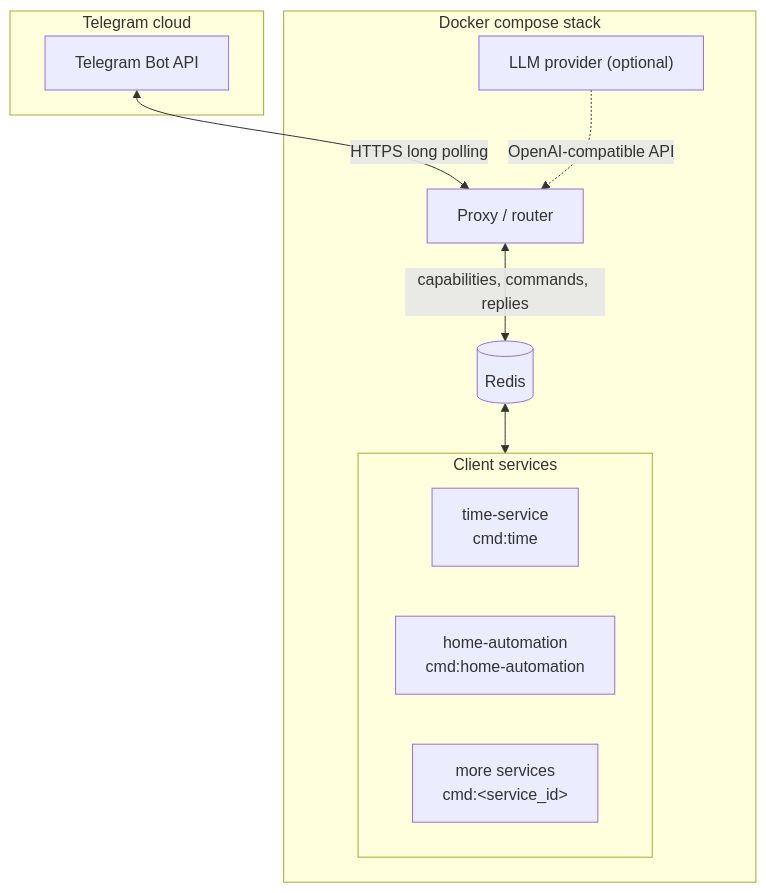
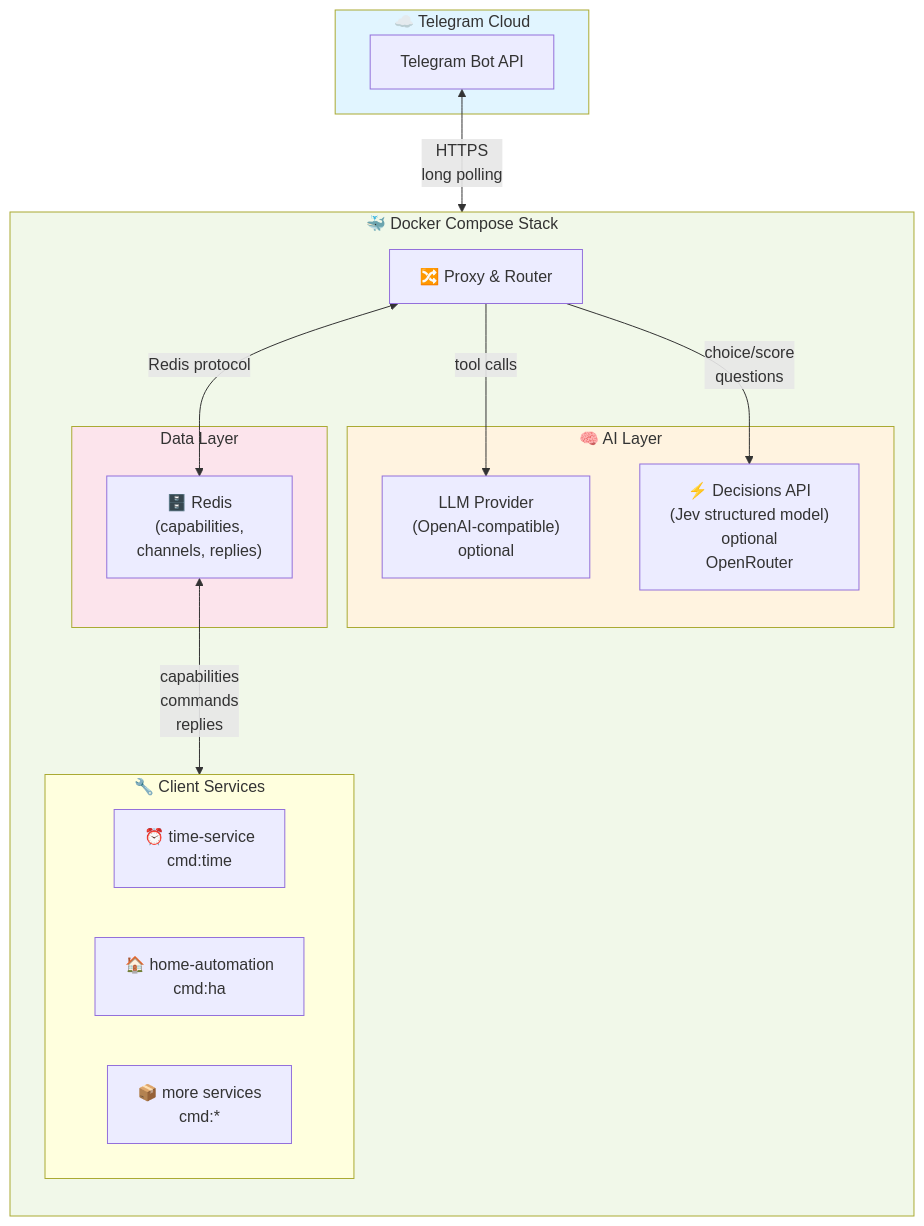
The second of 3 diagrams in README.md (xRmg/telegram-router), drawn with Mermaid before and after one commit. The commit also changed other lines of this file, not shown here.

First line of the commit message:
Enhance README diagrams with prettier layout and Jev integration details

````diff
--- a/README.md
+++ b/README.md
@@ -44,24 +73,41 @@
 ```mermaid
-flowchart TB
-    subgraph TG["Telegram cloud"]
+graph TB
+    subgraph CLOUD["☁️ Telegram Cloud"]
         API["Telegram Bot API"]
     end
 
-    API <-->|"HTTPS long polling"| PROXY["Proxy / router"]
+    API <-->|HTTPS<br/>long polling| PROXY["🔀 Proxy &amp; Router"]
 
-    subgraph STACK["Docker compose stack"]
+    subgraph STACK["🐳 Docker Compose Stack"]
+        direction TB
+        
         PROXY
-        REDIS[(Redis)]
-        LLM["LLM provider (optional)"] -.->|"OpenAI-compatible API"| PROXY
-
-        PROXY <-->|"capabilities, commands, replies"| REDIS
-
-        subgraph SERVICES["Client services"]
-            TIME["time-service<br/>cmd:time"]
-            HA["home-automation<br/>cmd:home-automation"]
-            MORE["more services<br/>cmd:&lt;service_id&gt;"]
+        
+        subgraph STORAGE["Data Layer"]
+            REDIS["🗄️ Redis<br/>(capabilities,<br/>channels, replies)"]
         end
-
-        REDIS <--> SERVICES
+        
+        subgraph MODELS["🧠 AI Layer"]
+            LLM["LLM Provider<br/>(OpenAI-compatible)<br/>optional"]
+            DECISIONS["⚡ Decisions API<br/>(Jev structured model)<br/>optional<br/>OpenRouter"]
+        end
+        
+        PROXY <-->|Redis protocol| REDIS
+        PROXY -->|tool calls| LLM
+        PROXY -->|choice/score<br/>questions| DECISIONS
+        
+        subgraph SERVICES["🔧 Client Services"]
+            direction LR
+            TIME["⏰ time-service<br/>cmd:time"]
+            HA["🏠 home-automation<br/>cmd:ha"]
+            MORE["📦 more services<br/>cmd:*"]
+        end
+        
+        REDIS <-->|capabilities<br/>commands<br/>replies| SERVICES
     end
+    
+    style CLOUD fill:#e1f5ff
+    style STACK fill:#f1f8e9
+    style MODELS fill:#fff3e0
+    style STORAGE fill:#fce4ec
 ```
````
